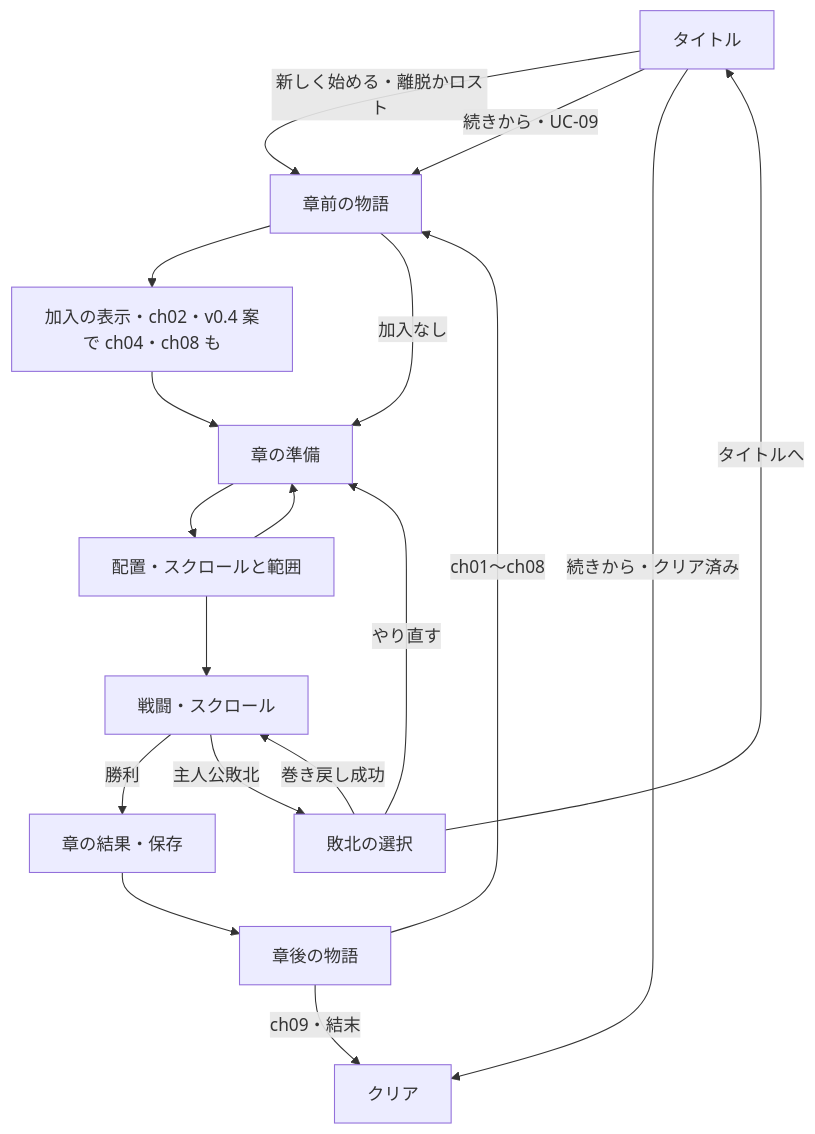
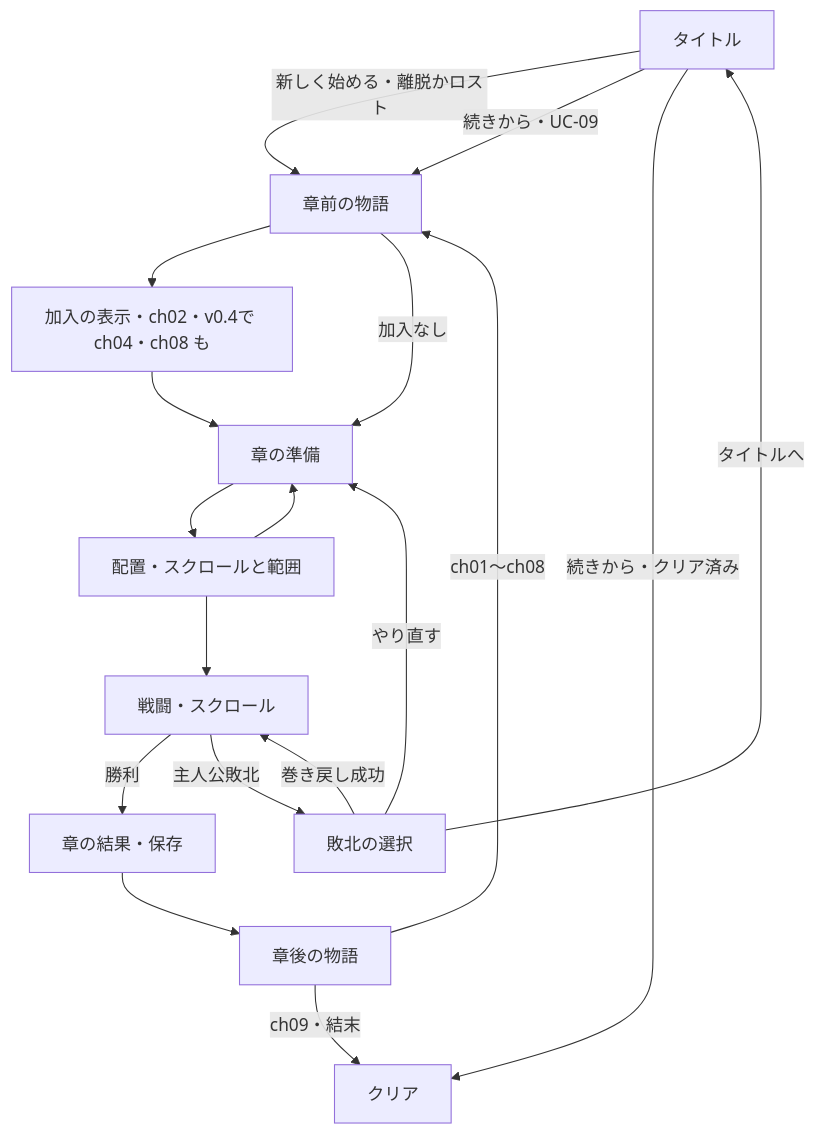
One commit to sakana396/renkin_tactics changed the second of 2 diagrams in docs/03_design/design-it05.md. Above: the diagram before and after it, drawn with Mermaid. The commit also changed other lines of this file and 6 other files, not shown here.

````diff
--- a/docs/03_design/design-it05.md
+++ b/docs/03_design/design-it05.md
@@ -246,20 +246,20 @@
 ```mermaid
 flowchart TD
   Title[タイトル] -->|新しく始める・離脱かロスト| Story
   Title -->|続きから・UC-09| Story
   Title -->|続きから・クリア済み| Clear
-  Story[章前の物語] --> Joined[加入の表示・ch02・v0.4 案で ch04・ch08 も]
+  Story[章前の物語] --> Joined[加入の表示・ch02・v0.4で ch04・ch08 も]
   Joined --> Prepare[章の準備]
   Story -->|加入なし| Prepare
   Prepare --> Deploy[配置・スクロールと範囲]
   Deploy --> Prepare
   Deploy --> Fight[戦闘・スクロール]
   Fight -->|勝利| Result[章の結果・保存]
   Result --> After[章後の物語]
   After -->|ch01〜ch08| Story
   After -->|ch09・結末| Clear[クリア]
   Fight -->|主人公敗北| Defeat[敗北の選択]
   Defeat -->|やり直す| Prepare
   Defeat -->|巻き戻し成功| Fight
   Defeat -->|タイトルへ| Title
 ```
````
